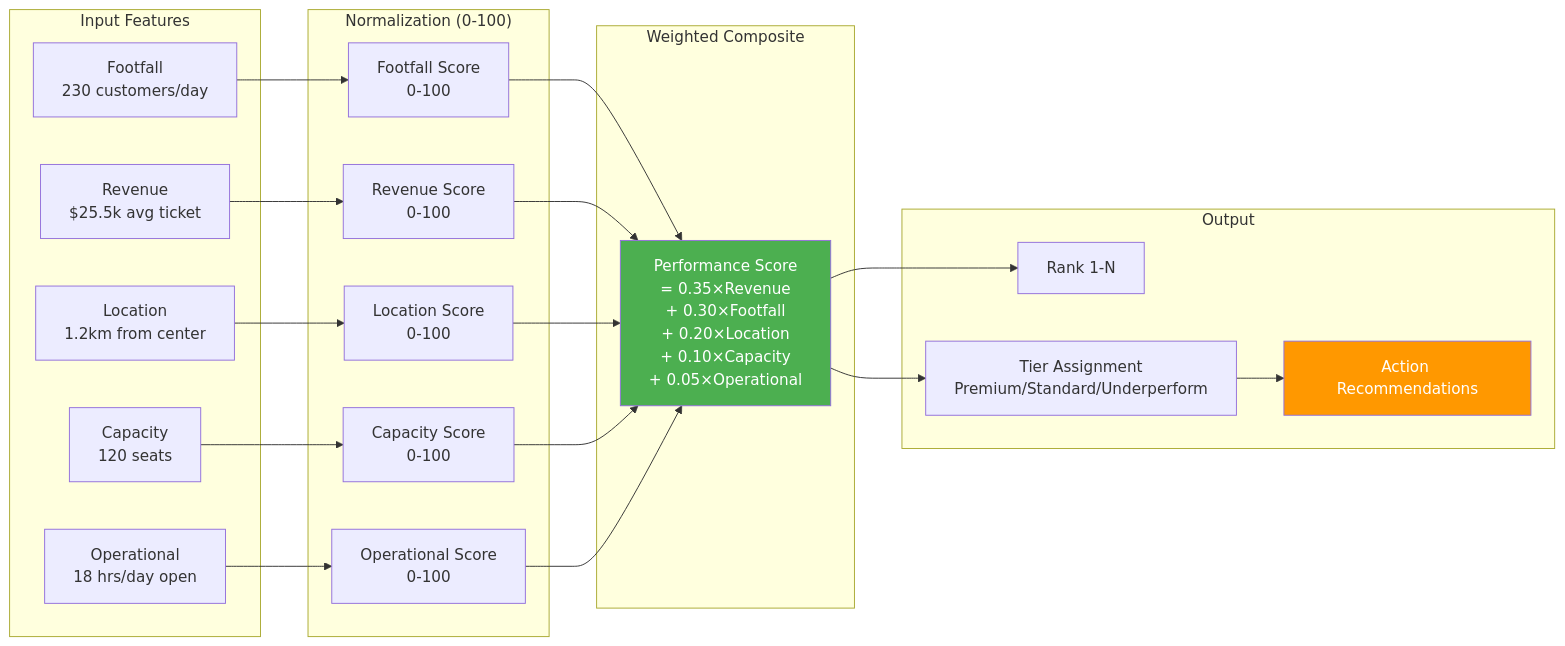
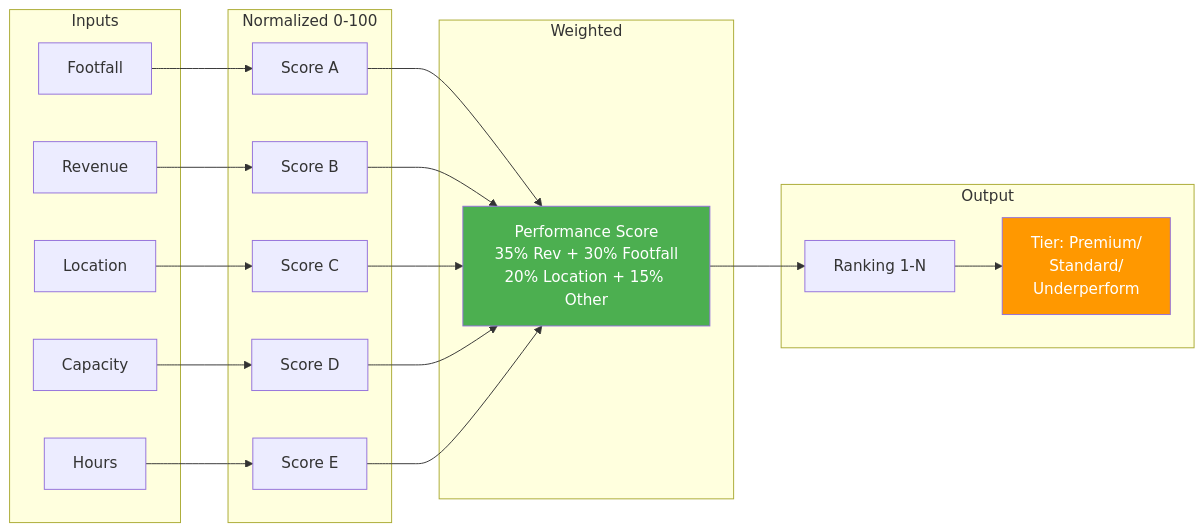
Before and after one commit to interview-tasks/Inforotor_AI_developer: the eighth of 12 diagrams in README.md, drawn with Mermaid. The commit also changed other lines of this file, not shown here.

````diff
--- a/README.md
+++ b/README.md
@@ -1390,47 +425,45 @@
 ```mermaid
 graph LR
-    subgraph "Input Features"
-        A[Footfall<br/>230 customers/day]
-        B[Revenue<br/>$25.5k avg ticket]
-        C[Location<br/>1.2km from center]
-        D[Capacity<br/>120 seats]
-        E[Operational<br/>18 hrs/day open]
+    subgraph "Inputs"
+        A[Footfall]
+        B[Revenue]
+        C[Location]
+        D[Capacity]
+        E[Hours]
     end
 
-    subgraph "Normalization (0-100)"
-        F[Footfall Score<br/>0-100]
-        G[Revenue Score<br/>0-100]
-        H[Location Score<br/>0-100]
-        I[Capacity Score<br/>0-100]
-        J[Operational Score<br/>0-100]
+    subgraph "Normalized 0-100"
+        F[Score A]
+        G[Score B]
+        H[Score C]
+        I[Score D]
+        J[Score E]
     end
 
-    subgraph "Weighted Composite"
-        K[Performance Score<br/>= 0.35×Revenue<br/>+ 0.30×Footfall<br/>+ 0.20×Location<br/>+ 0.10×Capacity<br/>+ 0.05×Operational]
+    subgraph "Weighted"
+        K[Performance Score<br/>35% Rev + 30% Footfall<br/>20% Location + 15% Other]
     end
 
     subgraph "Output"
-        L[Rank 1-N]
-        M[Tier Assignment<br/>Premium/Standard/Underperform]
-        N[Action Recommendations]
+        L[Ranking 1-N]
+        M[Tier: Premium/<br/>Standard/<br/>Underperform]
     end
 
     A --> F
     B --> G
     C --> H
     D --> I
     E --> J
 
     F --> K
     G --> K
     H --> K
     I --> K
     J --> K
 
     K --> L
-    K --> M
-    M --> N
+    L --> M
 
     style K fill:#4CAF50,color:#fff
-    style N fill:#FF9800,color:#fff
+    style M fill:#FF9800,color:#fff
 ```
````
